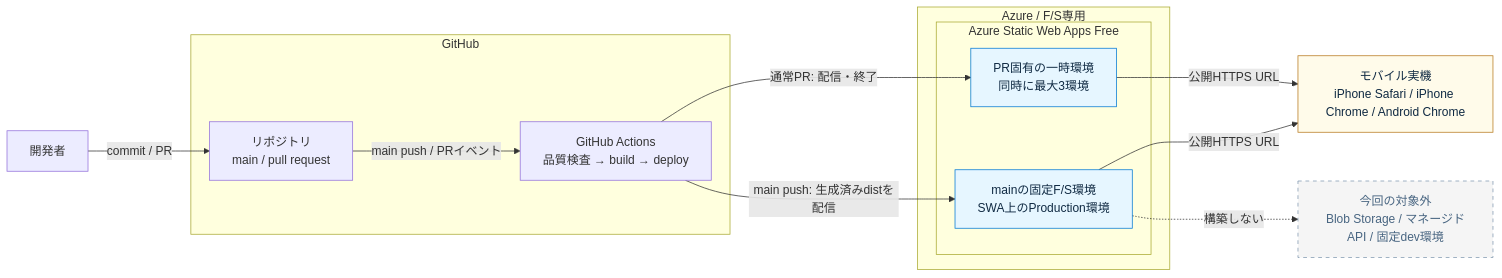
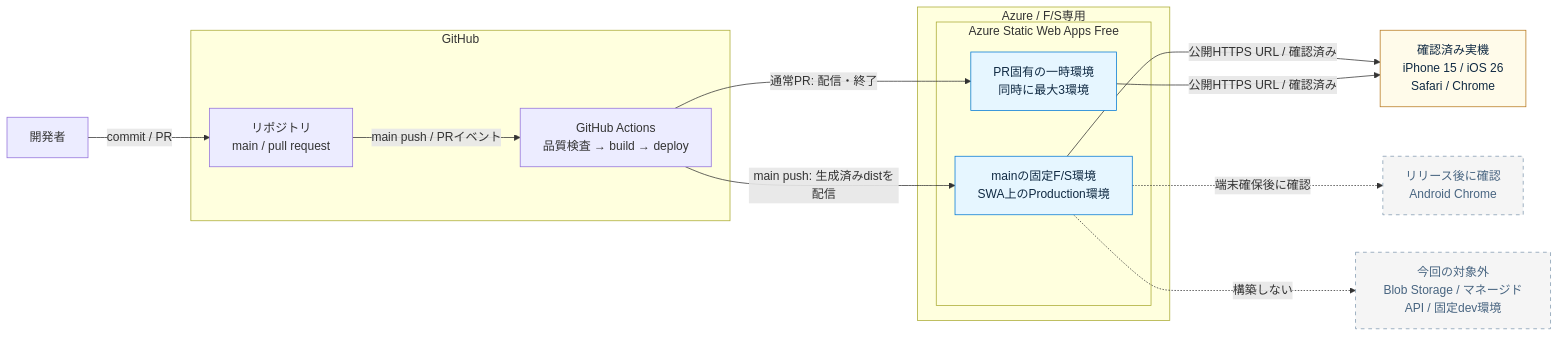
Before and after one commit to market-U/moment-palette: the diagram in docs/architecture/fs-preview-deployment.md, drawn with Mermaid. The commit also changed other lines of this file and 6 other files, not shown here.

````diff
--- a/docs/architecture/fs-preview-deployment.md
+++ b/docs/architecture/fs-preview-deployment.md
@@ -11,33 +11,36 @@
 ```mermaid
 flowchart LR
   developer["開発者"]
-  devices["モバイル実機<br/>iPhone Safari / iPhone Chrome / Android Chrome"]
+  verifiedDevices["確認済み実機<br/>iPhone 15 / iOS 26<br/>Safari / Chrome"]
+  pendingDevice["リリース後に確認<br/>Android Chrome"]
   excluded["今回の対象外<br/>Blob Storage / マネージドAPI / 固定dev環境"]
 
   subgraph github["GitHub"]
     repository["リポジトリ<br/>main / pull request"]
     actions["GitHub Actions<br/>品質検査 → build → deploy"]
   end
 
   subgraph azure["Azure / F/S専用"]
     subgraph swa["Azure Static Web Apps Free"]
       production["mainの固定F/S環境<br/>SWA上のProduction環境"]
       preview["PR固有の一時環境<br/>同時に最大3環境"]
     end
   end
 
   developer -->|"commit / PR"| repository
   repository -->|"main push / PRイベント"| actions
   actions -->|"main push: 生成済みdistを配信"| production
   actions -->|"通常PR: 配信・終了"| preview
-  production -->|"公開HTTPS URL"| devices
-  preview -->|"公開HTTPS URL"| devices
+  production -->|"公開HTTPS URL / 確認済み"| verifiedDevices
+  preview -->|"公開HTTPS URL / 確認済み"| verifiedDevices
+  production -.->|"端末確保後に確認"| pendingDevice
   production -.->|"構築しない"| excluded
 
   classDef azureService fill:#e6f6ff,stroke:#0078d4,color:#102a43
   classDef client fill:#fffbea,stroke:#b7791f,color:#102a43
   classDef outOfScope fill:#f5f5f5,stroke:#829ab1,color:#486581,stroke-dasharray:5 5
   class production,preview azureService
-  class devices client
+  class verifiedDevices client
+  class pendingDevice outOfScope
   class excluded outOfScope
 ```
````
